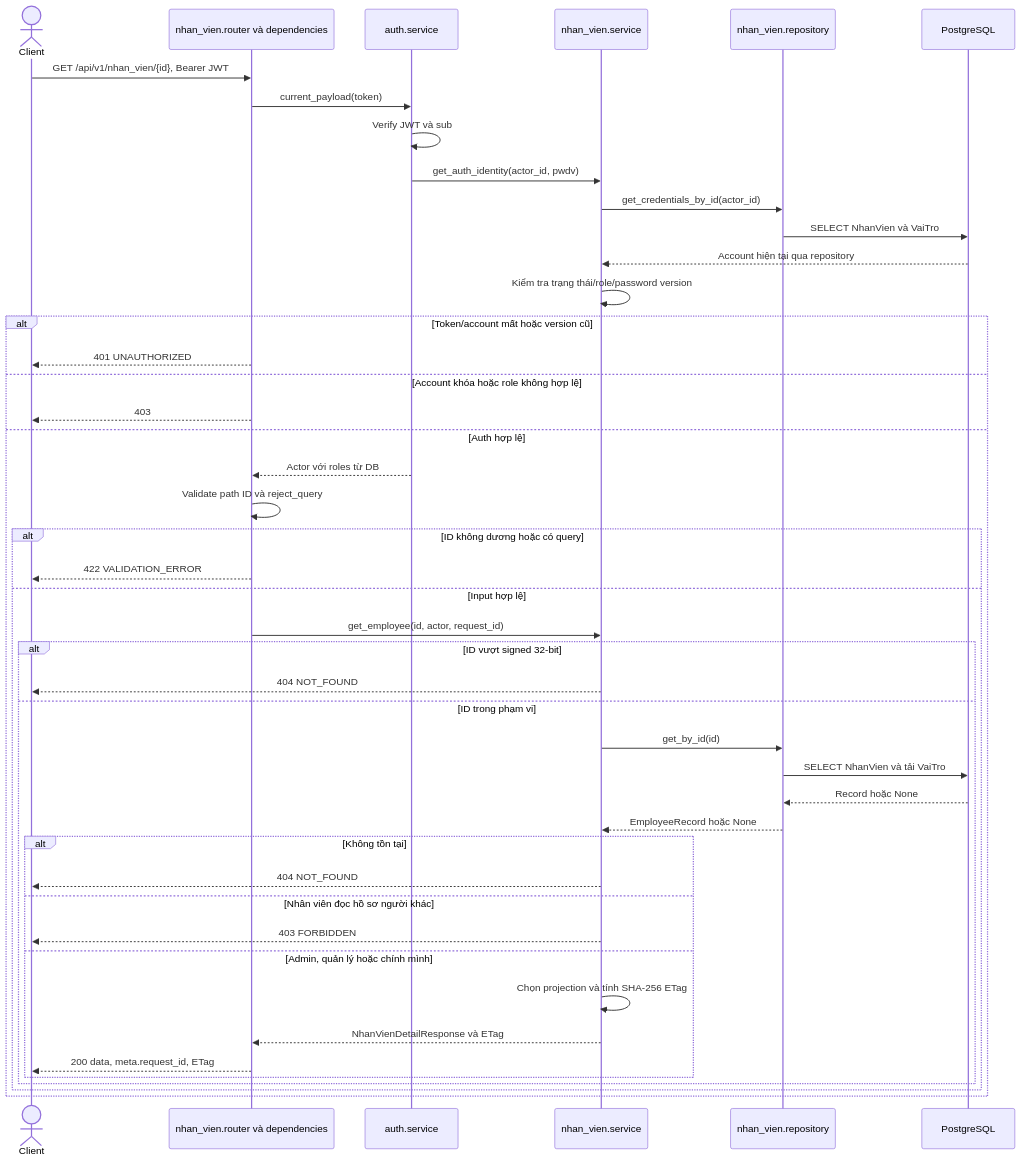
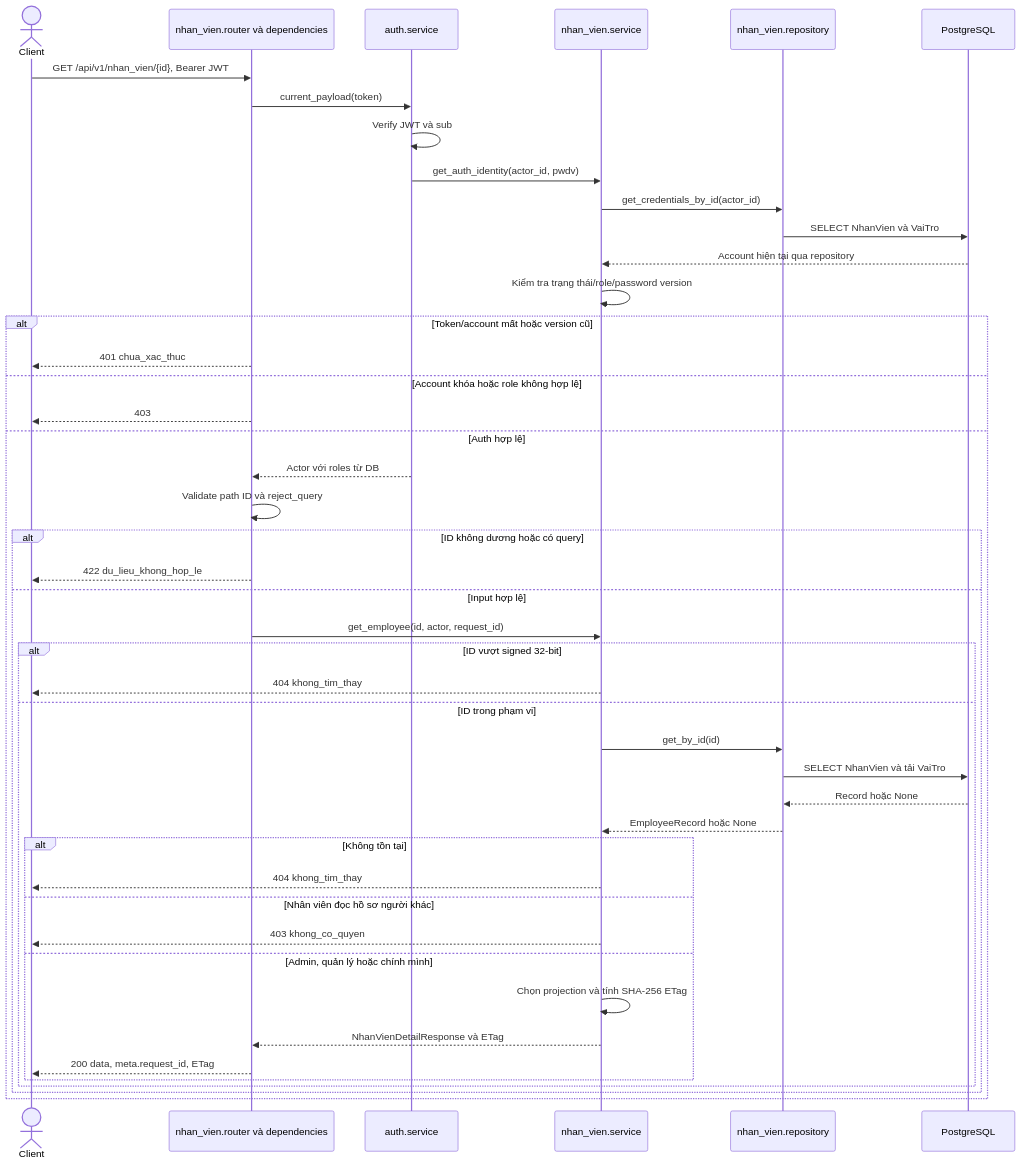
One commit to thanhklt/xbike-mrp-system changed the second of 8 diagrams in docs/sequence/nhan_vien.md. Above: the diagram before and after it, drawn with Mermaid. The commit also changed other lines of this file and 16 other files, not shown here.

````diff
--- a/docs/sequence/nhan_vien.md
+++ b/docs/sequence/nhan_vien.md
@@ -66,47 +66,47 @@
 ```mermaid
 sequenceDiagram
     actor C as Client
     participant R as nhan_vien.router và dependencies
     participant A as auth.service
     participant N as nhan_vien.service
     participant P as nhan_vien.repository
     participant DB as PostgreSQL
     C->>R: GET /api/v1/nhan_vien/{id}, Bearer JWT
     R->>A: current_payload(token)
     A->>A: Verify JWT và sub
     A->>N: get_auth_identity(actor_id, pwdv)
     N->>P: get_credentials_by_id(actor_id)
     P->>DB: SELECT NhanVien và VaiTro
     DB-->>N: Account hiện tại qua repository
     N->>N: Kiểm tra trạng thái/role/password version
     alt Token/account mất hoặc version cũ
-        R-->>C: 401 UNAUTHORIZED
+        R-->>C: 401 chua_xac_thuc
     else Account khóa hoặc role không hợp lệ
         R-->>C: 403
     else Auth hợp lệ
         A-->>R: Actor với roles từ DB
         R->>R: Validate path ID và reject_query
         alt ID không dương hoặc có query
-            R-->>C: 422 VALIDATION_ERROR
+            R-->>C: 422 du_lieu_khong_hop_le
         else Input hợp lệ
             R->>N: get_employee(id, actor, request_id)
             alt ID vượt signed 32-bit
-                N-->>C: 404 NOT_FOUND
+                N-->>C: 404 khong_tim_thay
             else ID trong phạm vi
                 N->>P: get_by_id(id)
                 P->>DB: SELECT NhanVien và tải VaiTro
                 DB-->>P: Record hoặc None
                 P-->>N: EmployeeRecord hoặc None
                 alt Không tồn tại
-                    N-->>C: 404 NOT_FOUND
+                    N-->>C: 404 khong_tim_thay
                 else Nhân viên đọc hồ sơ người khác
-                    N-->>C: 403 FORBIDDEN
+                    N-->>C: 403 khong_co_quyen
                 else Admin, quản lý hoặc chính mình
                     N->>N: Chọn projection và tính SHA-256 ETag
                     N-->>R: NhanVienDetailResponse và ETag
                     R-->>C: 200 data, meta.request_id, ETag
                 end
             end
         end
     end
 ```
````
